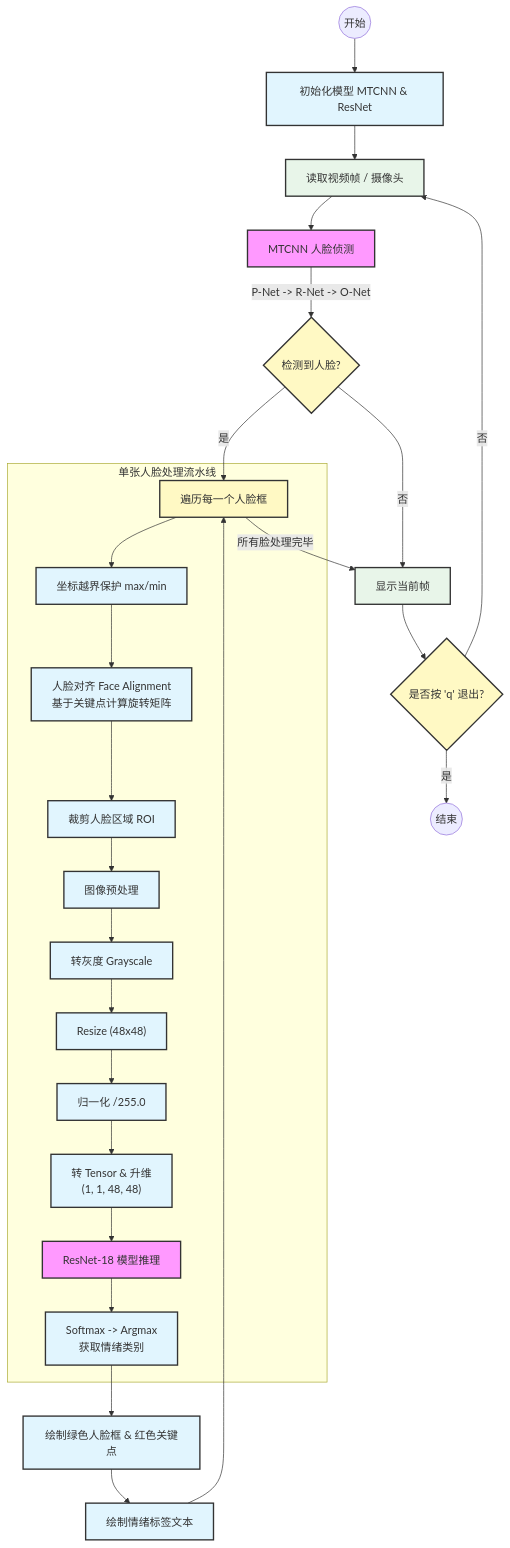
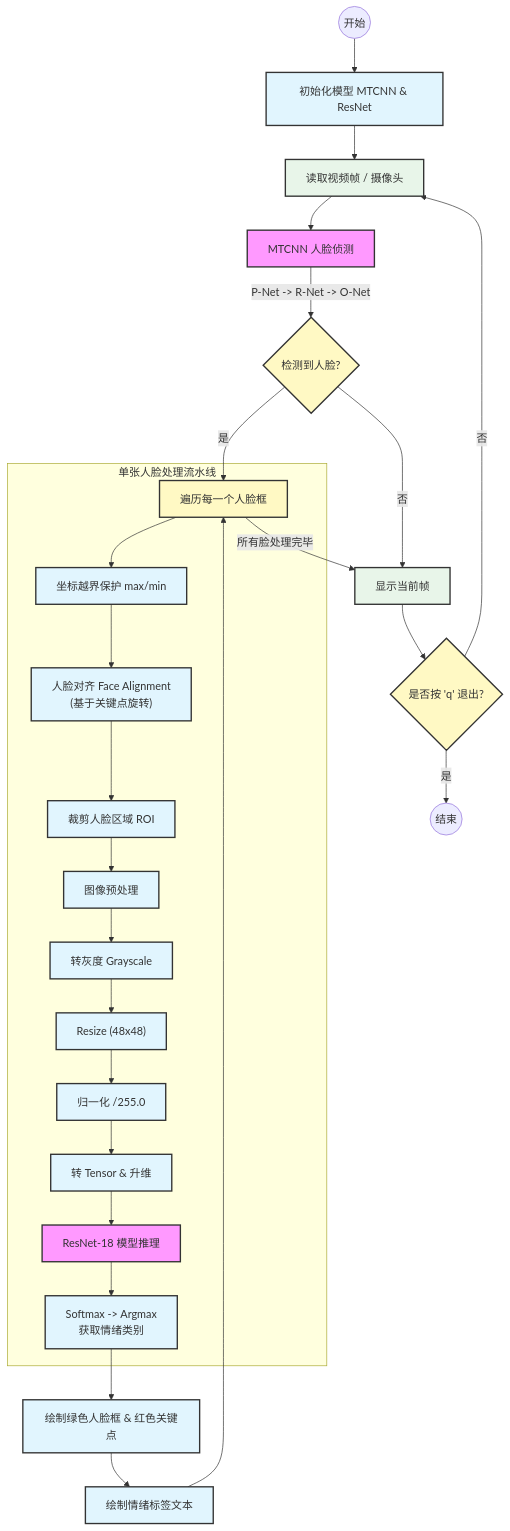
One commit to Aimyon69/pytorch changed the diagram in Design/introduction.md. Above: the diagram before and after it, drawn with Mermaid. The commit also changed other lines of this file and 1 other file, not shown here.

````diff
--- a/Design/introduction.md
+++ b/Design/introduction.md
@@ -542,42 +159,42 @@
 ```mermaid
 graph TD
     %% 定义节点样式
     classDef model fill:#f9f,stroke:#333,stroke-width:2px;
     classDef process fill:#e1f5fe,stroke:#333,stroke-width:2px;
     classDef decision fill:#fff9c4,stroke:#333,stroke-width:2px;
     classDef io fill:#e8f5e9,stroke:#333,stroke-width:2px;
 
     Start((开始)) --> Init["初始化模型 MTCNN & ResNet"]:::process
     Init --> Input[读取视频帧 / 摄像头]:::io
     
     Input --> MTCNN_Detect[MTCNN 人脸侦测]:::model
     MTCNN_Detect -->|P-Net -> R-Net -> O-Net| Faces{检测到人脸?}:::decision
     
     Faces -- 否 --> Display[显示当前帧]:::io
     Faces -- 是 --> Loop[遍历每一个人脸框]:::decision
     
     subgraph "单张人脸处理流水线"
         Loop --> Coord["坐标越界保护 max/min"]:::process
-        Coord --> Align["人脸对齐 Face Alignment<br>基于关键点计算旋转矩阵"]:::process
+        Coord --> Align["人脸对齐 Face Alignment<br>(基于关键点旋转)"]:::process
         Align --> Crop["裁剪人脸区域 ROI"]:::process
         
         Crop --> Preprocess[图像预处理]:::process
         Preprocess --> Step1["转灰度 Grayscale"]:::process
         Step1 --> Step2["Resize (48x48)"]:::process
         Step2 --> Step3["归一化 /255.0"]:::process
-        Step3 --> Step4["转 Tensor & 升维<br>(1, 1, 48, 48)"]:::process
+        Step3 --> Step4["转 Tensor & 升维"]:::process
         
         Step4 --> ResNet_Infer["ResNet-18 模型推理"]:::model
         ResNet_Infer --> Result["Softmax -> Argmax<br>获取情绪类别"]:::process
     end
     
     Result --> Draw["绘制绿色人脸框 & 红色关键点"]:::process
     Draw --> Label[绘制情绪标签文本]:::process
     
     Label --> Loop
     Loop -->|所有脸处理完毕| Display
     
     Display --> Exit{是否按 'q' 退出?}:::decision
     Exit -- 否 --> Input
     Exit -- 是 --> End((结束))
 ```
````
